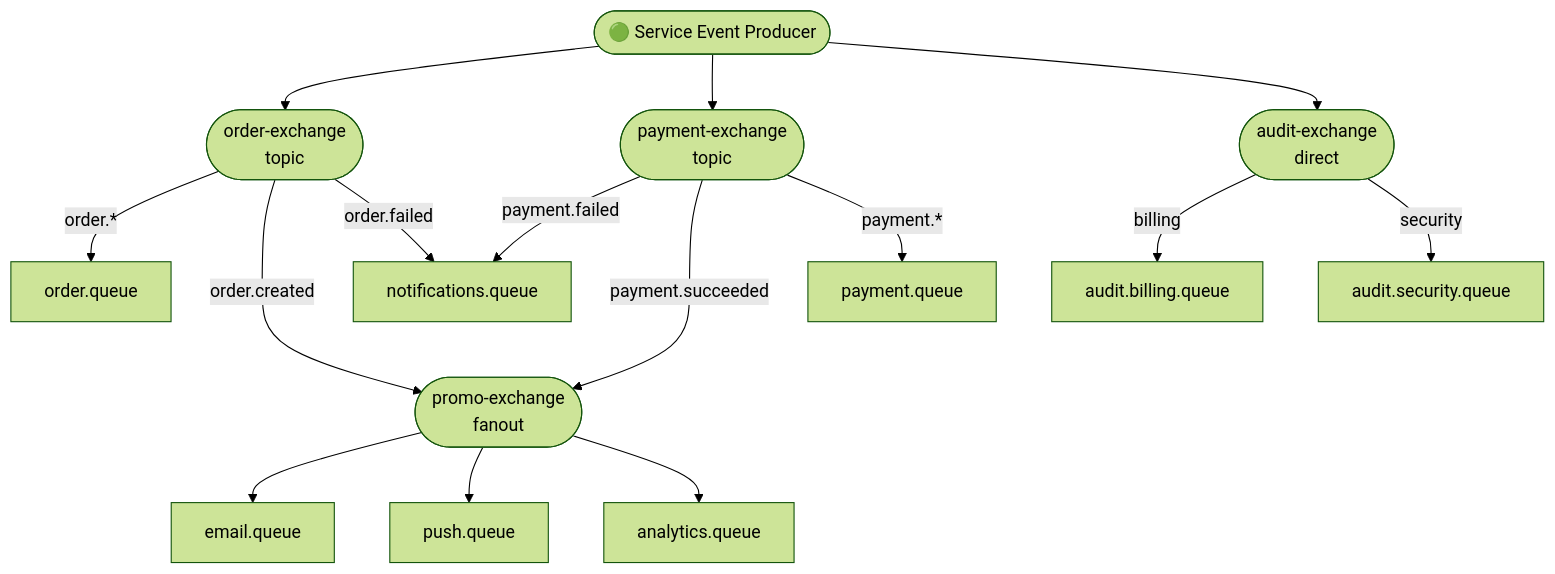
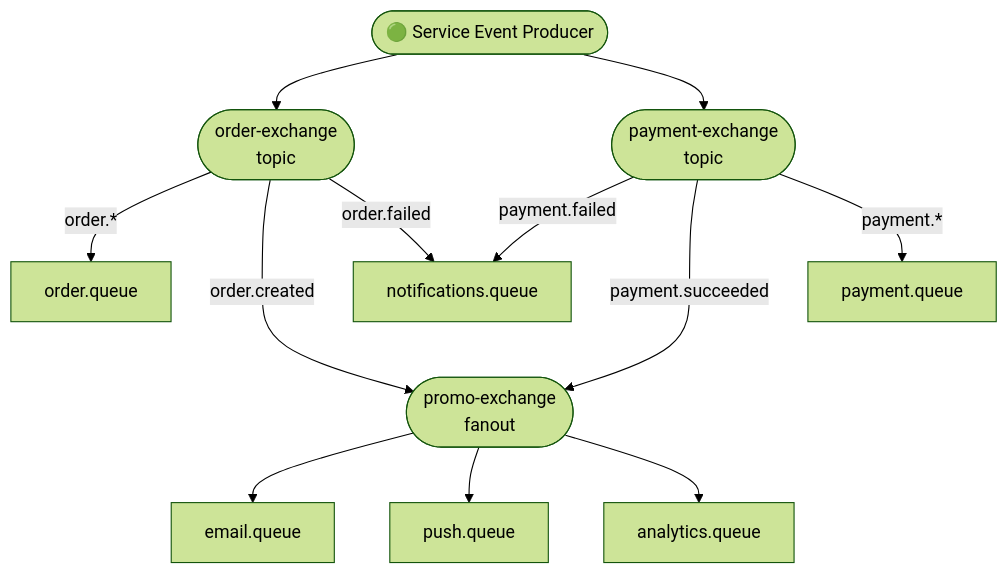
Before and after one commit to infinity-atom42/monorepo-example: the diagram in jobs/EXAMPLE.md, drawn with Mermaid (forest theme). The commit also changed 24 other files, not shown here.

Commit message:
Refactor job examples to implement event handling with rabbitmq-helper; streamline service initialization, enhance type safety, and add event consumers for order and payment processing. Update README.md to clarify queue and event usage.

````diff
--- a/jobs/EXAMPLE.md
+++ b/jobs/EXAMPLE.md
@@ -3,65 +3,54 @@
 ```mermaid
 flowchart TD
     %% =========================
     %% Publisher Service
     %% =========================
     PubService([🟢 Service Event Producer])
 
     %% =========================
     %% Order Domain
     %% =========================
     OX([order-exchange<br/>topic])
     OQue[order.queue]
 
     OX -->|order.*| OQue
 
     %% =========================
     %% Critical Notifications
     %% =========================
     NQ[notifications.queue]
 
     %% =========================
     %% Fanout: Promotions Example
     %% =========================
     FX([promo-exchange<br/>fanout])
     FEmail[email.queue]
     FPush[push.queue]
     FAnalytics[analytics.queue]
 
     FX --> FEmail
     FX --> FPush
     FX --> FAnalytics
 
     %% =========================
     %% Critical bindings & fanout bindings
     %% =========================
     OX --->|order.created| FX
     OX -->|order.failed| NQ
     PX -->|payment.failed| NQ
     PX --->|payment.succeeded| FX
 
     %% =========================
     %% Payment Domain
     %% =========================
     PX([payment-exchange<br/>topic])
     PQue[payment.queue]
 
     PX -->|payment.*| PQue
 
     %% =========================
     %% Publisher connections
     %% =========================
     PubService --> OX
     PubService --> PX
-    PubService --> AX
-
-    %% =========================
-    %% Direct: Audit Example
-    %% =========================
-    AX([audit-exchange<br/>direct])
-    ABill[audit.billing.queue]
-    ASec[audit.security.queue]
-
-    AX -->|billing| ABill
-    AX -->|security| ASec
 ```
````
